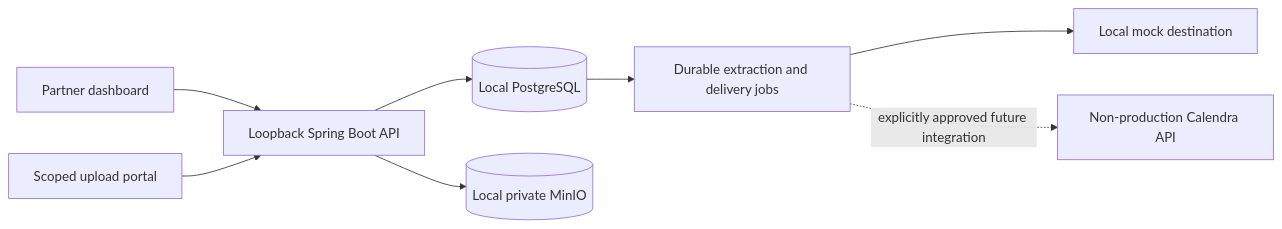
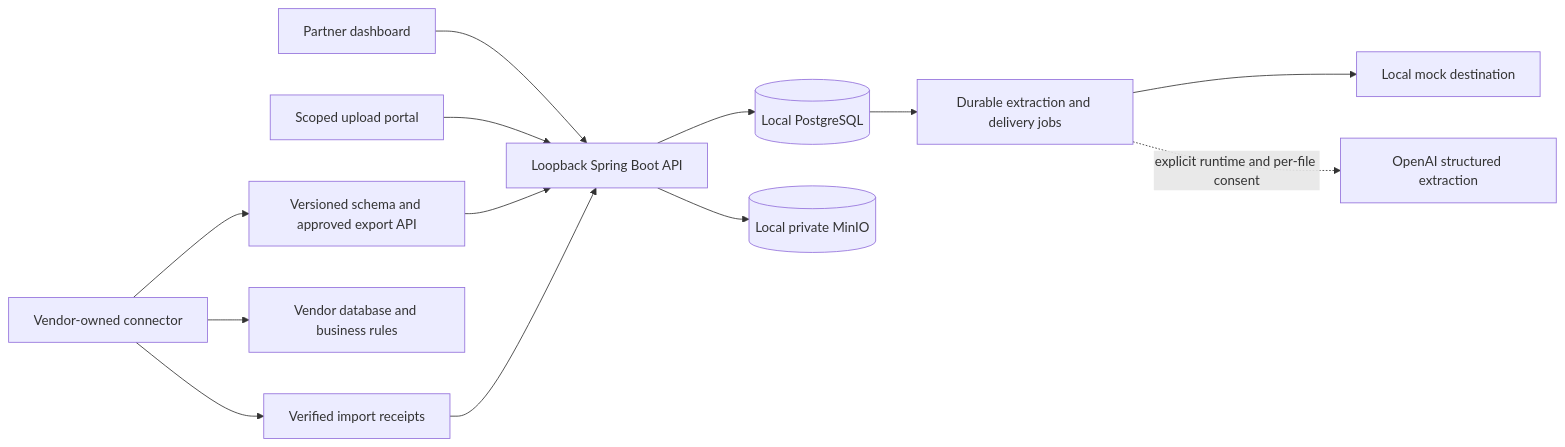
One commit to HospitalitySolutions/Transfervio changed the diagram in docs/architecture.md. Above: the diagram before and after it, drawn with Mermaid. The commit also changed other lines of this file and 64 other files, not shown here.

````diff
--- a/docs/architecture.md
+++ b/docs/architecture.md
@@ -5,10 +5,15 @@
 ```mermaid
 flowchart LR
   Partner[Partner dashboard] --> API[Loopback Spring Boot API]
   Invite[Scoped upload portal] --> API
   API --> DB[(Local PostgreSQL)]
   API --> Objects[(Local private MinIO)]
   DB --> Worker[Durable extraction and delivery jobs]
   Worker --> Mock[Local mock destination]
-  Worker -. explicitly approved future integration .-> Calendra[Non-production Calendra API]
+  Worker -. explicit runtime and per-file consent .-> AI[OpenAI structured extraction]
+  Vendor[Vendor-owned connector] --> Export[Versioned schema and approved export API]
+  Export --> API
+  Vendor --> Destination[Vendor database and business rules]
+  Vendor --> Receipts[Verified import receipts]
+  Receipts --> API
 ```
````
